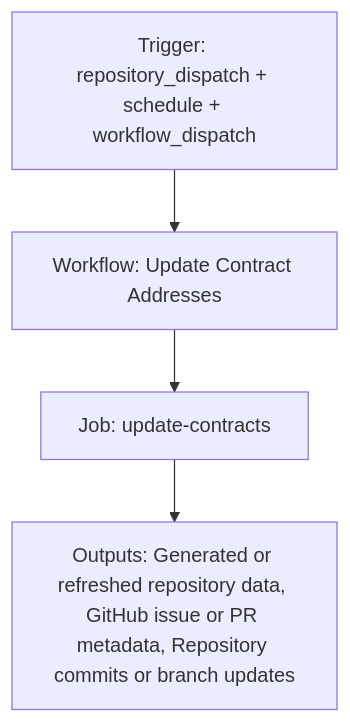
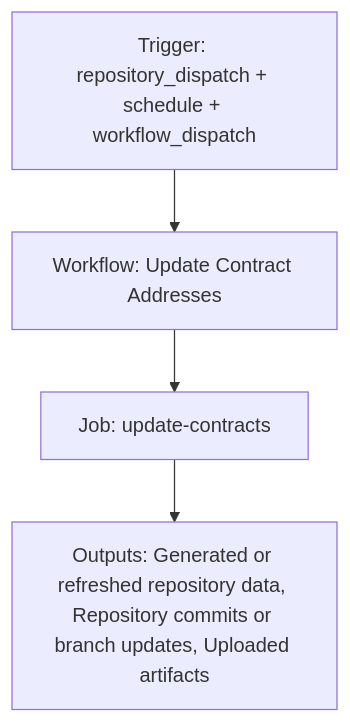
Before and after one commit to its-DeFine/docs: the diagram in ai-tools/registry/workflows/update-contract-addresses.mdx, drawn with Mermaid. The commit also changed other lines of this file and 372 other files, not shown here.

````diff
--- a/ai-tools/registry/workflows/update-contract-addresses.mdx
+++ b/ai-tools/registry/workflows/update-contract-addresses.mdx
@@ -106,10 +117,10 @@
 ```mermaid
 flowchart TD
   trigger["Trigger: repository_dispatch + schedule + workflow_dispatch"]
   workflow["Workflow: Update Contract Addresses"]
   trigger --> workflow
   job1["Job: update-contracts"]
   workflow --> job1
-  outputs["Outputs: Generated or refreshed repository data, GitHub issue or PR metadata, Repository commits or branch updates"]
+  outputs["Outputs: Generated or refreshed repository data, Repository commits or branch updates, Uploaded artifacts"]
   job1 --> outputs
 ```
````
